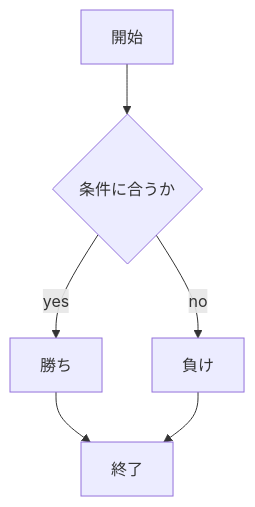
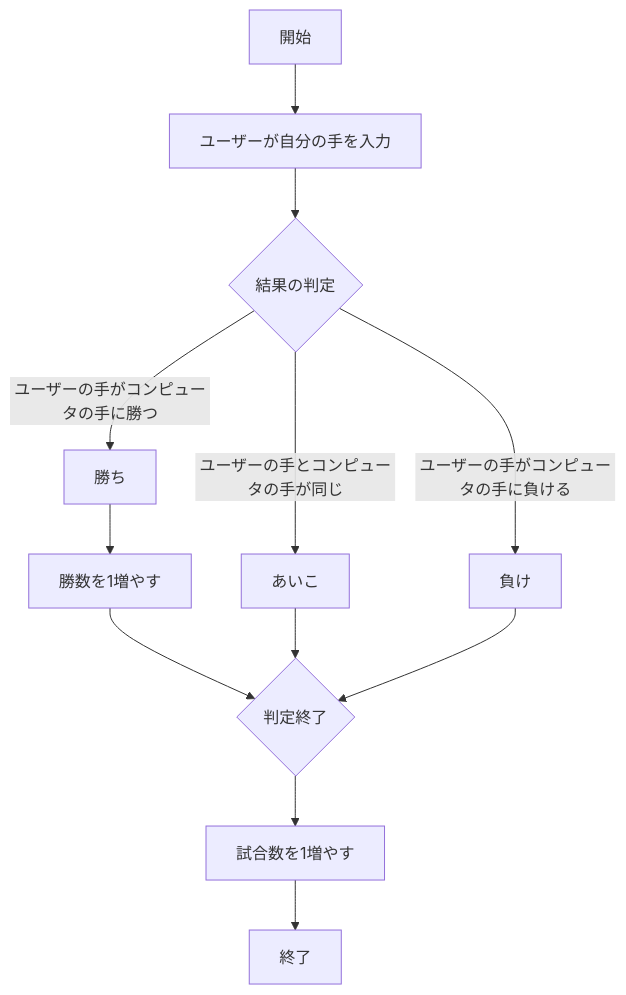
One commit to sekiya-12/webpro_06 changed the diagram in README.md. Above: the diagram before and after it, drawn with Mermaid. The commit also changed other lines of this file and 5 other files, not shown here.

````diff
--- a/README.md
+++ b/README.md
@@ -22,15 +33,27 @@
 ```mermaid
 flowchart TD;
 
 start["開始"];
-end1["終了"]
-if{"条件に合うか"}
-win["勝ち"]
-loose["負け"]
+enter["ユーザーが自分の手を入力"];
+end1["終了"];
+if{"結果の判定"};
+if1{"判定終了"};
+win["勝ち"];
+same["あいこ"];
+loose["負け"];
+勝数を増やす["勝数を1増やす"];
+試合数を増やす["試合数を1増やす"];
 
-start --> if
-if -->|yes| win
-win --> end1
-if -->|no| loose
-loose --> end1
+start --> enter
+enter --> if
+if -->|ユーザーの手がコンピュータの手に勝つ| win
+win --> 勝数を増やす
+勝数を増やす --> if1
+if -->|ユーザーの手とコンピュータの手が同じ| same
+same --> if1
+if -->|ユーザーの手がコンピュータの手に負ける| loose
+loose --> if1
+if1 --> 試合数を増やす
+試合数を増やす --> end1
+
 ```
````
